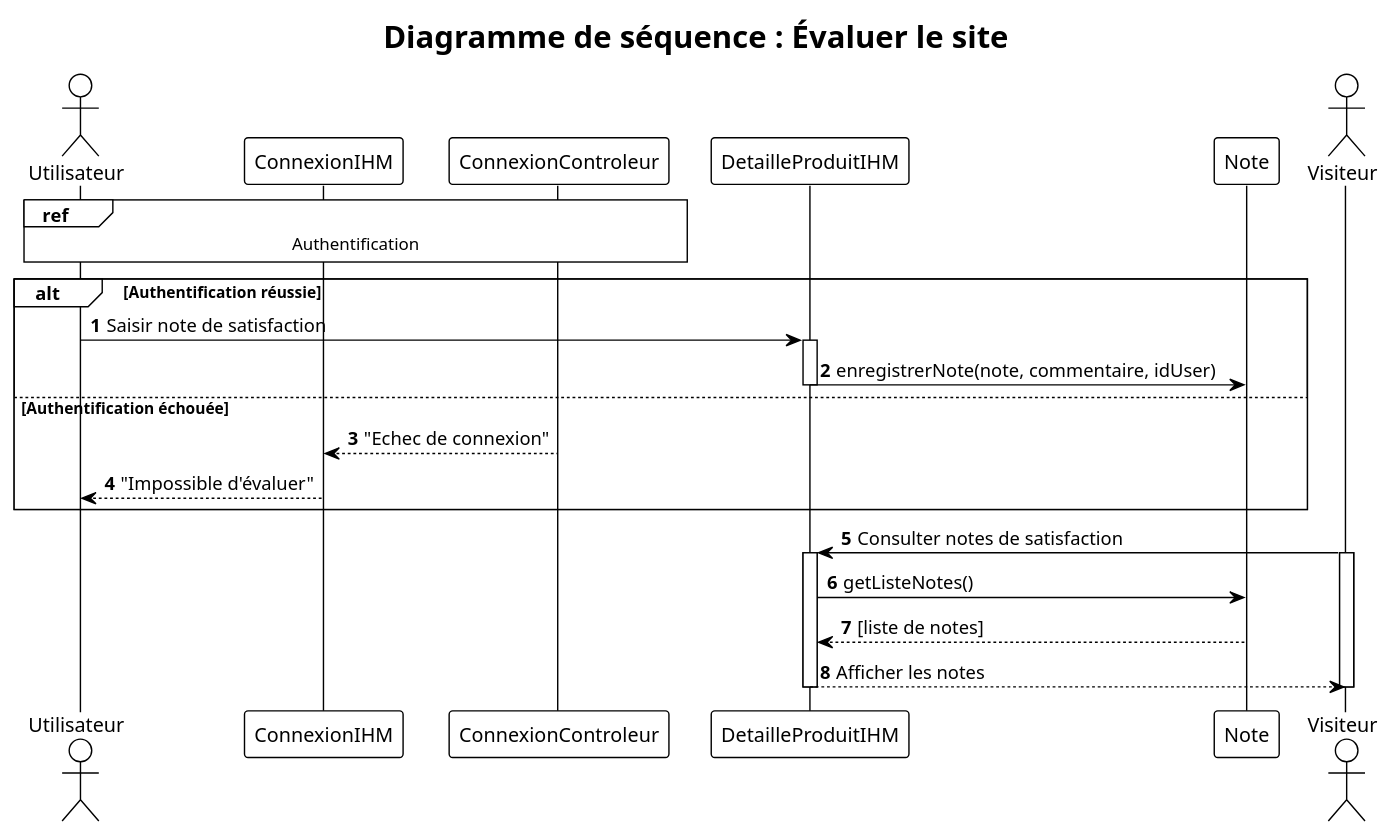
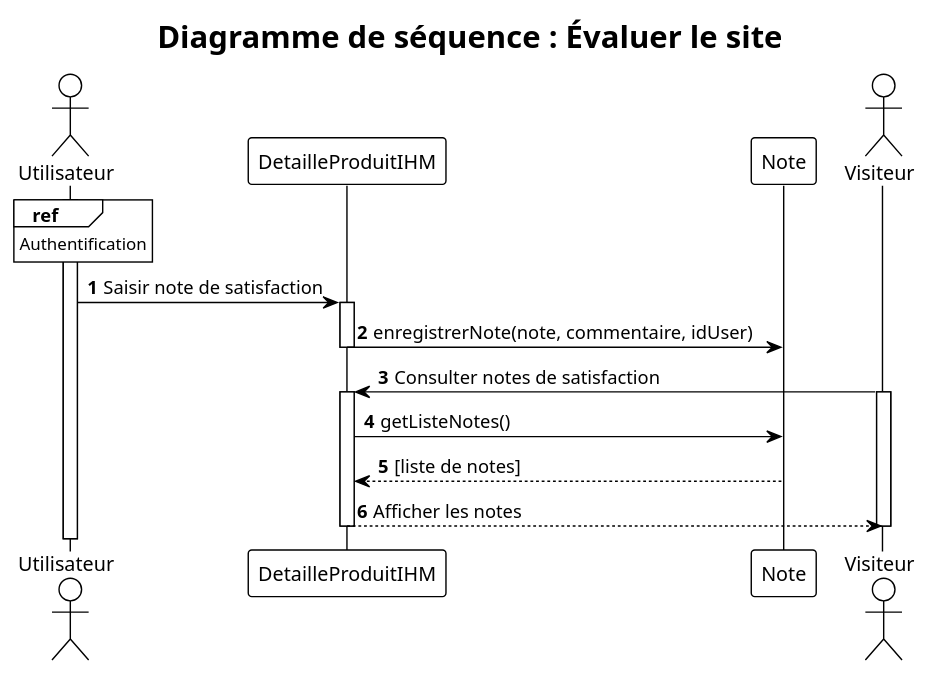
One commit to MehediT/BoutiqueLigneAudiovisuels changed the diagram in SequenceV2/Notification.puml. Above: the diagram before and after it, drawn with PlantUML. The commit also changed 7 other files, not shown here.

```diff
--- a/SequenceV2/Notification.puml
+++ b/SequenceV2/Notification.puml
@@ -1,34 +1,28 @@
 @startuml
 !theme plain
 autonumber
 
 actor "Utilisateur" as U
-participant "ConnexionIHM" as ConnIHM
-participant "ConnexionControleur" as ConnCTRL
 participant "DetailleProduitIHM" as DPIHM
 participant "Note" as N
 actor "Visiteur" as V
 
 title Diagramme de séquence : Évaluer le site
+activate U
+ref over U : Authentification
 
-ref over U, ConnIHM, ConnCTRL : Authentification
+U -> DPIHM : Saisir note de satisfaction
+activate DPIHM
+DPIHM -> N : enregistrerNote(note, commentaire, idUser)
+deactivate DPIHM
 
-alt Authentification réussie
-    U -> DPIHM : Saisir note de satisfaction
-    activate DPIHM
-    DPIHM -> N : enregistrerNote(note, commentaire, idUser)
-    deactivate DPIHM
-else Authentification échouée
-    ConnCTRL --> ConnIHM : "Echec de connexion"
-    ConnIHM --> U : "Impossible d'évaluer"
-end
 
 V -> DPIHM : Consulter notes de satisfaction
 activate V
 activate DPIHM
 DPIHM -> N : getListeNotes()
 N --> DPIHM : [liste de notes]
 DPIHM --> V : Afficher les notes
 deactivate DPIHM
 deactivate V
 @enduml
```
